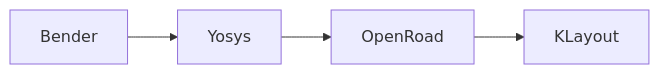
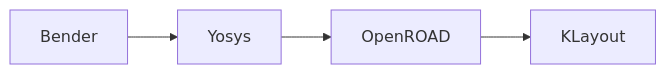
Before and after one commit to flavian112/croc: the diagram in README.md, drawn with Mermaid. The commit also changed other lines of this file and 2 other files, not shown here.

````diff
--- a/README.md
+++ b/README.md
@@ -76,6 +220,6 @@
 ```mermaid
 graph LR;
   Bender-->Yosys;
-  Yosys-->OpenRoad;
-  OpenRoad-->KLayout;
+  Yosys-->OpenROAD;
+  OpenROAD-->KLayout;
 ```
````
